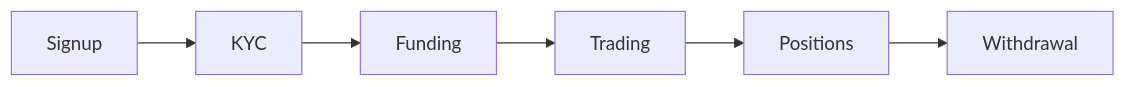
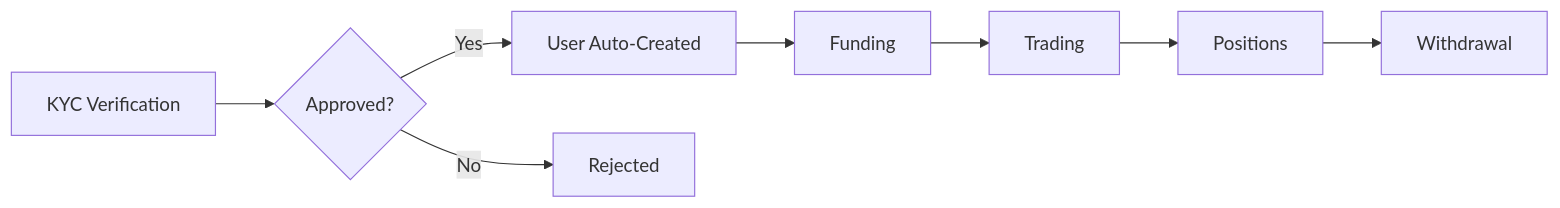
Before and after one commit to chrisr-a11y/docs: the first of 2 diagrams in isv-partners/overview.mdx, drawn with Mermaid. The commit also changed other lines of this file and 5 other files, not shown here.

First line of the commit message:
docs: Update ISV onboarding flow and add Users API documentation

````diff
--- a/isv-partners/overview.mdx
+++ b/isv-partners/overview.mdx
@@ -29,8 +29,10 @@
 ```mermaid
 graph LR
-    A[Signup] --> B[KYC]
-    B --> C[Funding]
-    C --> D[Trading]
-    D --> E[Positions]
-    E --> F[Withdrawal]
+    A[KYC Verification] --> B{Approved?}
+    B -->|Yes| C[User Auto-Created]
+    C --> D[Funding]
+    D --> E[Trading]
+    E --> F[Positions]
+    F --> G[Withdrawal]
+    B -->|No| H[Rejected]
 ```
````
